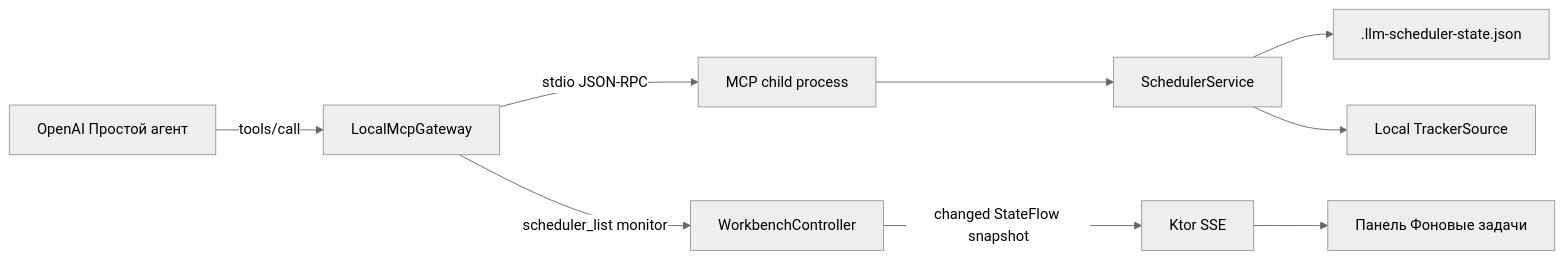
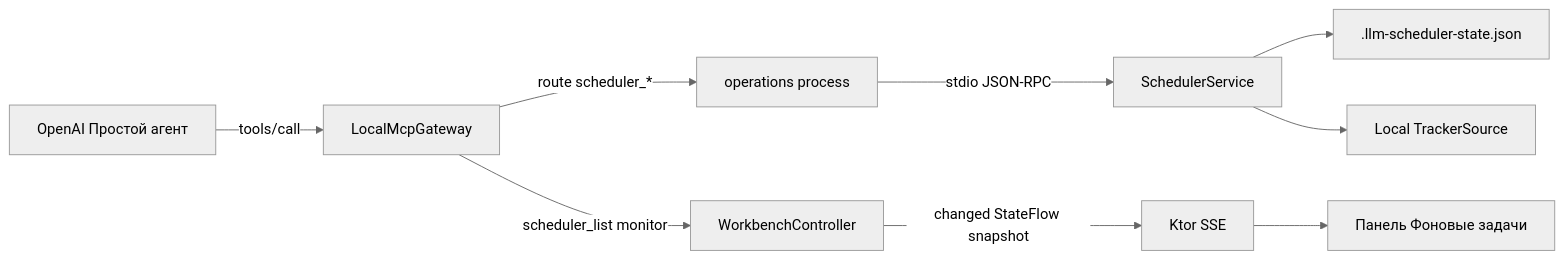
One commit to StefanSerkhir/AI-Advent-Challenge changed the second of 4 diagrams in docs/ARCHITECTURE.md. Above: the diagram before and after it, drawn with Mermaid (neutral theme). The commit also changed other lines of this file and 13 other files, not shown here.

````diff
--- a/docs/ARCHITECTURE.md
+++ b/docs/ARCHITECTURE.md
@@ -123,11 +134,11 @@
 ```mermaid
 flowchart LR
     Agent[OpenAI Простой агент] -->|tools/call| Gateway[LocalMcpGateway]
-    Gateway -->|stdio JSON-RPC| MCP[MCP child process]
-    MCP --> Service[SchedulerService]
+    Gateway -->|route scheduler_*| MCP[operations process]
+    MCP -->|stdio JSON-RPC| Service[SchedulerService]
     Service --> Store[.llm-scheduler-state.json]
     Service --> Tracker[Local TrackerSource]
     Gateway -->|scheduler_list monitor| Controller[WorkbenchController]
     Controller -->|changed StateFlow snapshot| SSE[Ktor SSE]
     SSE --> Panel[Панель Фоновые задачи]
 ```
````
